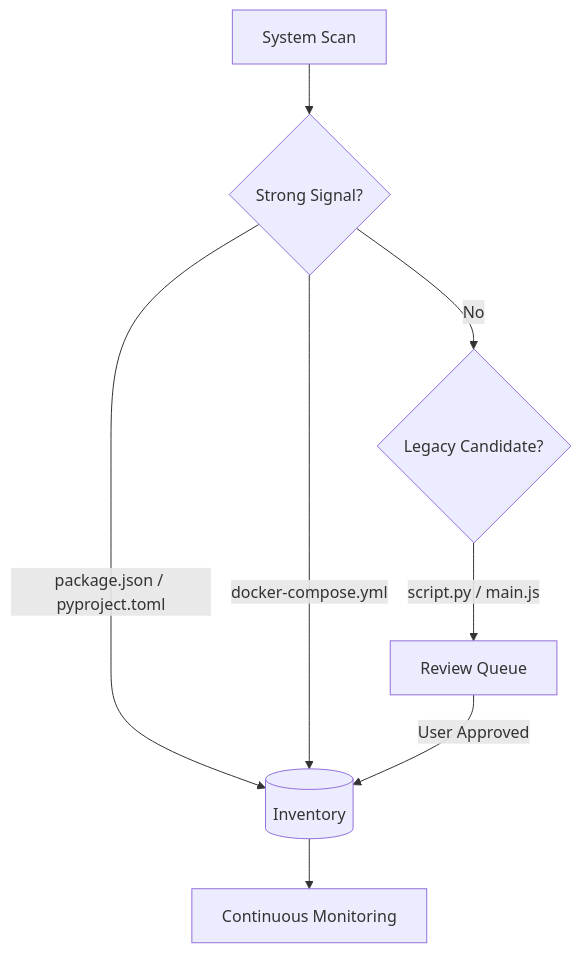
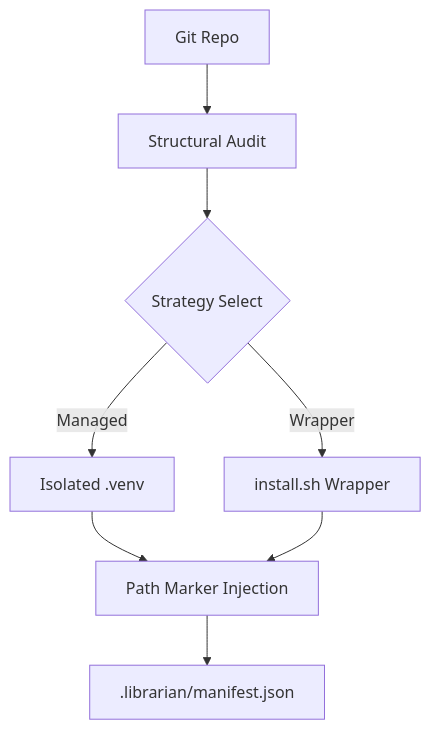
The diagram in FEATURES.md (l00p3rl00p/mcp-server-manager), drawn with Mermaid before and after one commit. The commit also changed other lines of this file and 8 other files, not shown here.

Commit message:
feat: Re-architect system from local server discovery to a Git repo converter and installer, adding a technical specification and updating related documentation and bootstrap logic.

````diff
--- a/FEATURES.md
+++ b/FEATURES.md
@@ -33,10 +32,10 @@
 ```mermaid
 graph TD
-    S[System Scan] --> P1{Strong Signal?}
-    P1 -- package.json / pyproject.toml --> I[(Inventory)]
-    P1 -- docker-compose.yml --> I
-    P1 -- No --> P2{Legacy Candidate?}
-    P2 -- script.py / main.js --> Q[Review Queue]
-    Q -- User Approved --> I
-    I --> M[Continuous Monitoring]
+    Repo[Git Repo] --> Detect[Structural Audit]
+    Detect --> Choice{Strategy Select}
+    Choice -- Managed --> Venv[Isolated .venv]
+    Choice -- Wrapper --> Shim[install.sh Wrapper]
+    Venv --> Map[Path Marker Injection]
+    Shim --> Map
+    Map --> Manifest[.librarian/manifest.json]
 ```
````
